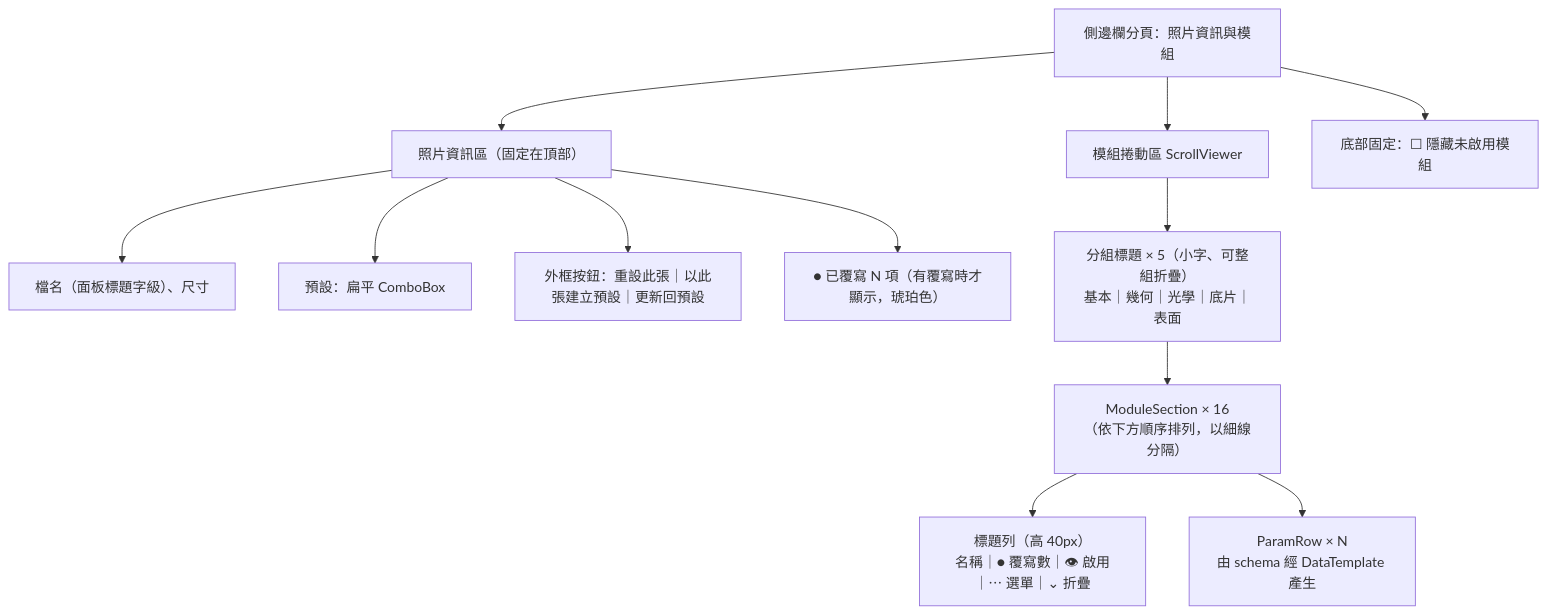
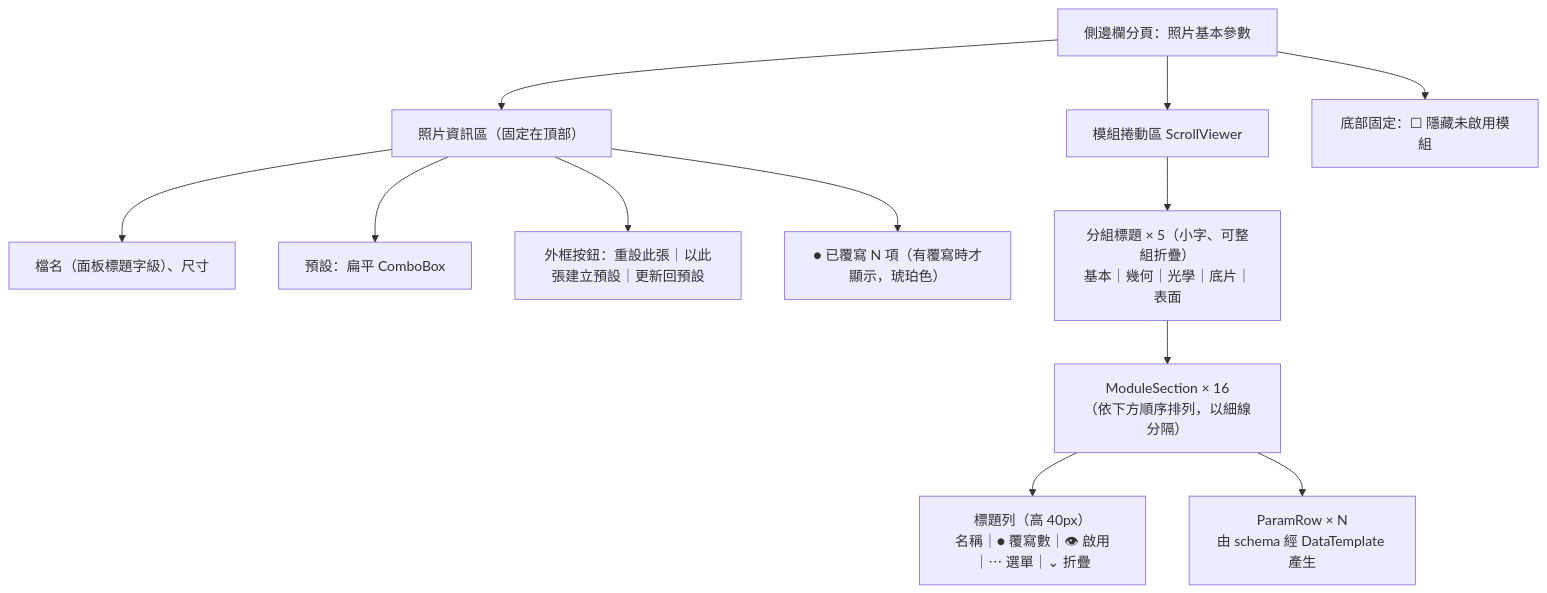
Before and after one commit to minexo79/FilmBatch: the fourth of 24 diagrams in docs/plan.md, drawn with Mermaid. The commit also changed other lines of this file and 9 other files, not shown here.

````diff
--- a/docs/plan.md
+++ b/docs/plan.md
@@ -350,14 +350,14 @@
 ```mermaid
 flowchart TB
-    RP["側邊欄分頁：照片資訊與模組"] --> INFO["照片資訊區（固定在頂部）"]
+    RP["側邊欄分頁：照片基本參數"] --> INFO["照片資訊區（固定在頂部）"]
     INFO --> I1["檔名（面板標題字級）、尺寸"]
     INFO --> I2["預設：扁平 ComboBox"]
     INFO --> I3["外框按鈕：重設此張｜以此張建立預設｜更新回預設"]
     INFO --> I4["● 已覆寫 N 項（有覆寫時才顯示，琥珀色）"]
     RP --> SC["模組捲動區 ScrollViewer"]
     SC --> GH["分組標題 × 5（小字、可整組折疊）<br/>基本｜幾何｜光學｜底片｜表面"]
     GH --> MS["ModuleSection × 16<br/>（依下方順序排列，以細線分隔）"]
     MS --> H["標題列（高 40px）<br/>名稱｜● 覆寫數｜👁 啟用｜⋯ 選單｜⌄ 折疊"]
     MS --> ROWS["ParamRow × N<br/>由 schema 經 DataTemplate 產生"]
     RP --> FT["底部固定：☐ 隱藏未啟用模組"]
 ```
````
